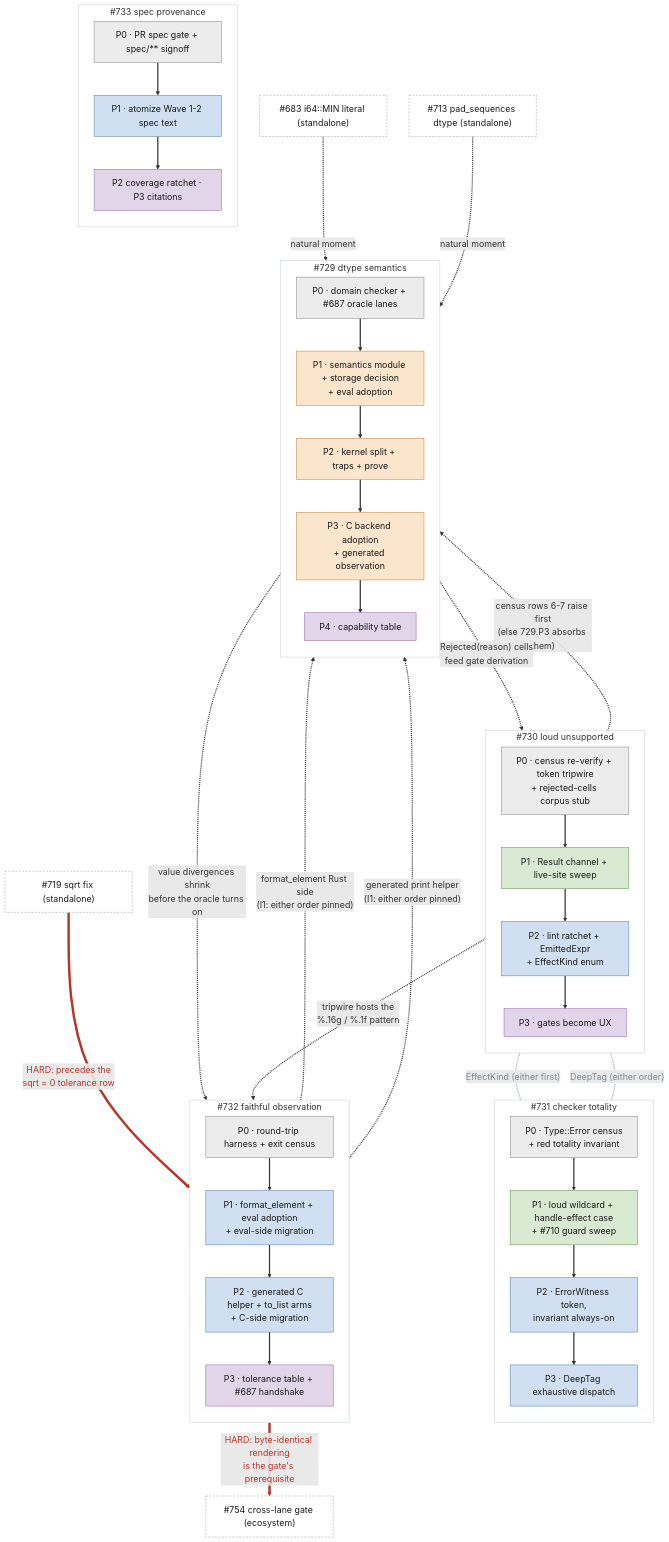
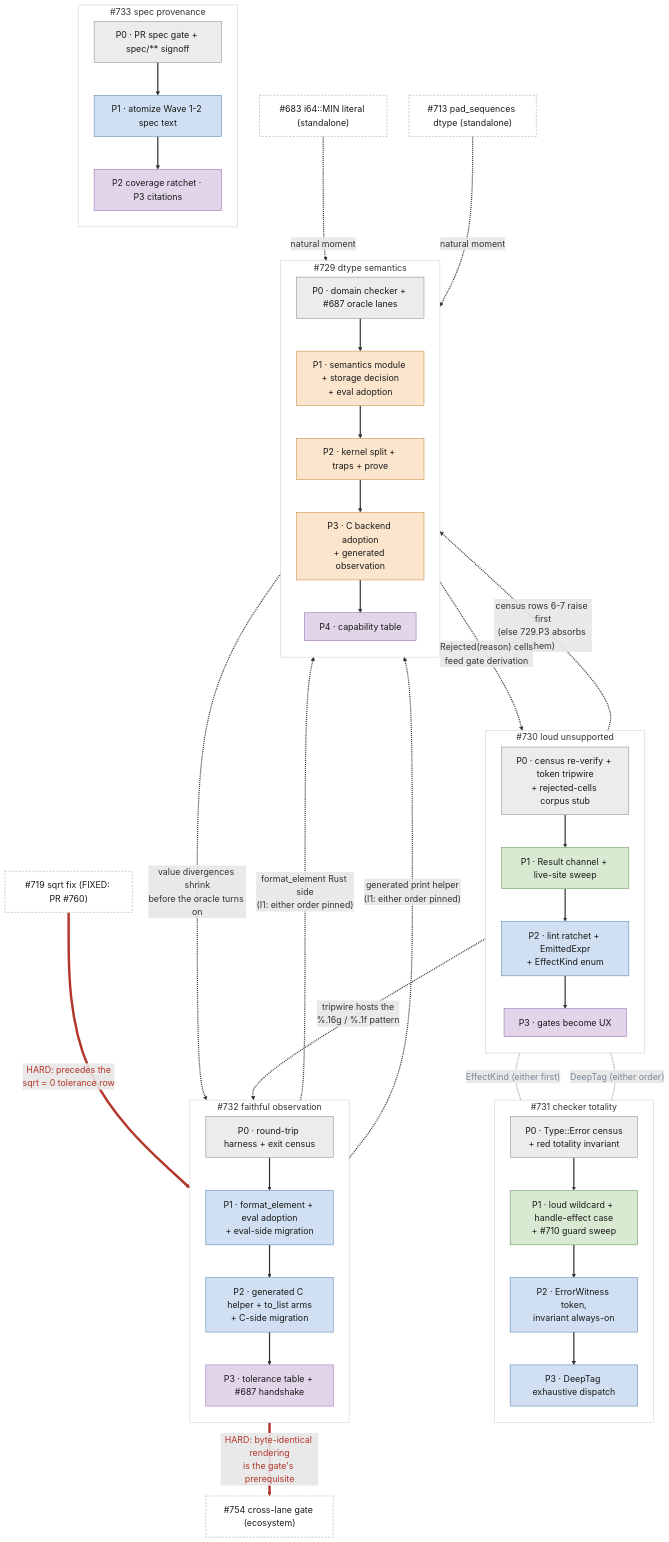
One commit to Chelis-Lang/chelis changed the diagram in spec/design/remediation_roadmap.md. Above: the diagram before and after it, drawn with Mermaid. The commit also changed other lines of this file and 1 other file, not shown here.

````diff
--- a/spec/design/remediation_roadmap.md
+++ b/spec/design/remediation_roadmap.md
@@ -102,82 +104,82 @@
 ```mermaid
 %%{init: {"themeVariables": {"fontSize": "18px"}, "flowchart": {"nodeSpacing": 45, "rankSpacing": 42}}}%%
 flowchart TB
   classDef w0 fill:#ececec,stroke:#808080,color:#1a1a1a
   classDef w1 fill:#d9ead3,stroke:#5a8a4a,color:#1a1a1a
   classDef w2 fill:#d0e0f2,stroke:#4a78a8,color:#1a1a1a
   classDef w3 fill:#fce5cd,stroke:#c07f2f,color:#1a1a1a
   classDef w4 fill:#e2d5ea,stroke:#8e5ea8,color:#1a1a1a
   classDef ext fill:#ffffff,stroke:#999999,stroke-dasharray:4 3,color:#1a1a1a
 
   subgraph S733["#733 spec provenance"]
     direction TB
     n733p0["P0 · PR spec gate + spec/** signoff"]:::w0
     n733p1["P1 · atomize Wave 1-2 spec text"]:::w2
     n733p23["P2 coverage ratchet · P3 citations"]:::w4
     n733p0 --> n733p1 --> n733p23
   end
 
   subgraph S730["#730 loud unsupported"]
     direction TB
     n730p0["P0 · census re-verify + token tripwire<br/>+ rejected-cells corpus stub"]:::w0
     n730p1["P1 · Result channel + live-site sweep"]:::w1
     n730p2["P2 · lint ratchet + EmittedExpr<br/>+ EffectKind enum"]:::w2
     n730p3["P3 · gates become UX"]:::w4
     n730p0 --> n730p1 --> n730p2 --> n730p3
   end
 
   subgraph S731["#731 checker totality"]
     direction TB
     n731p0["P0 · Type::Error census<br/>+ red totality invariant"]:::w0
     n731p1["P1 · loud wildcard + handle-effect case<br/>+ #710 guard sweep"]:::w1
     n731p2["P2 · ErrorWitness token,<br/>invariant always-on"]:::w2
     n731p3["P3 · DeepTag exhaustive dispatch"]:::w2
     n731p0 --> n731p1 --> n731p2 --> n731p3
   end
 
   subgraph S732["#732 faithful observation"]
     direction TB
     n732p0["P0 · round-trip harness + exit census"]:::w0
     n732p1["P1 · format_element + eval adoption<br/>+ eval-side migration"]:::w2
     n732p2["P2 · generated C helper + to_list arms<br/>+ C-side migration"]:::w2
     n732p3["P3 · tolerance table + #687 handshake"]:::w4
     n732p0 --> n732p1 --> n732p2 --> n732p3
   end
 
   subgraph S729["#729 dtype semantics"]
     direction TB
     n729p0["P0 · domain checker + #687 oracle lanes"]:::w0
     n729p1["P1 · semantics module + storage decision<br/>+ eval adoption"]:::w3
     n729p2["P2 · kernel split + traps + prove"]:::w3
     n729p3["P3 · C backend adoption<br/>+ generated observation"]:::w3
     n729p4["P4 · capability table"]:::w4
     n729p0 --> n729p1 --> n729p2 --> n729p3 --> n729p4
   end
 
-  n719["#719 sqrt fix (standalone)"]:::ext
+  n719["#719 sqrt fix (FIXED: PR #760)"]:::ext
   n683["#683 i64::MIN literal (standalone)"]:::ext
   n713["#713 pad_sequences dtype (standalone)"]:::ext
   n754["#754 cross-lane gate (ecosystem)"]:::ext
 
   n730p0 -.->|"tripwire hosts the<br/>%.16g / %.1f pattern"| n732p0
   n730p2 -.-|"EffectKind (either first)"| n731p1
   n731p3 -.-|"DeepTag (either order)"| n730p2
   n730p1 -.->|"census rows 6-7 raise first<br/>(else 729.P3 absorbs them)"| n729p3
   n732p1 -.->|"format_element Rust side<br/>(I1: either order pinned)"| n729p1
   n732p2 -.->|"generated print helper<br/>(I1: either order pinned)"| n729p3
   n729p3 -.->|"value divergences shrink<br/>before the oracle turns on"| n732p3
   n729p4 -.->|"Rejected(reason) cells<br/>feed gate derivation"| n730p3
   n719 ==>|"HARD: precedes the<br/>sqrt = 0 tolerance row"| n732p3
   n683 -.->|"natural moment"| n729p2
   n713 -.->|"natural moment"| n729p3
   n732p2 ==>|"HARD: byte-identical rendering<br/>is the gate's prerequisite"| n754
 
   style S733 fill:#FFFFFF,stroke:#C3CCD3
   style S730 fill:#FFFFFF,stroke:#C3CCD3
   style S731 fill:#FFFFFF,stroke:#C3CCD3
   style S732 fill:#FFFFFF,stroke:#C3CCD3
   style S729 fill:#FFFFFF,stroke:#C3CCD3
   linkStyle default stroke-width:2.5px
   linkStyle 16,17 stroke:#9AA7B0,color:#7A8894,stroke-width:2.5px
   linkStyle 23,26 stroke:#B3362B,stroke-width:5px,color:#B3362B
 ```
````
